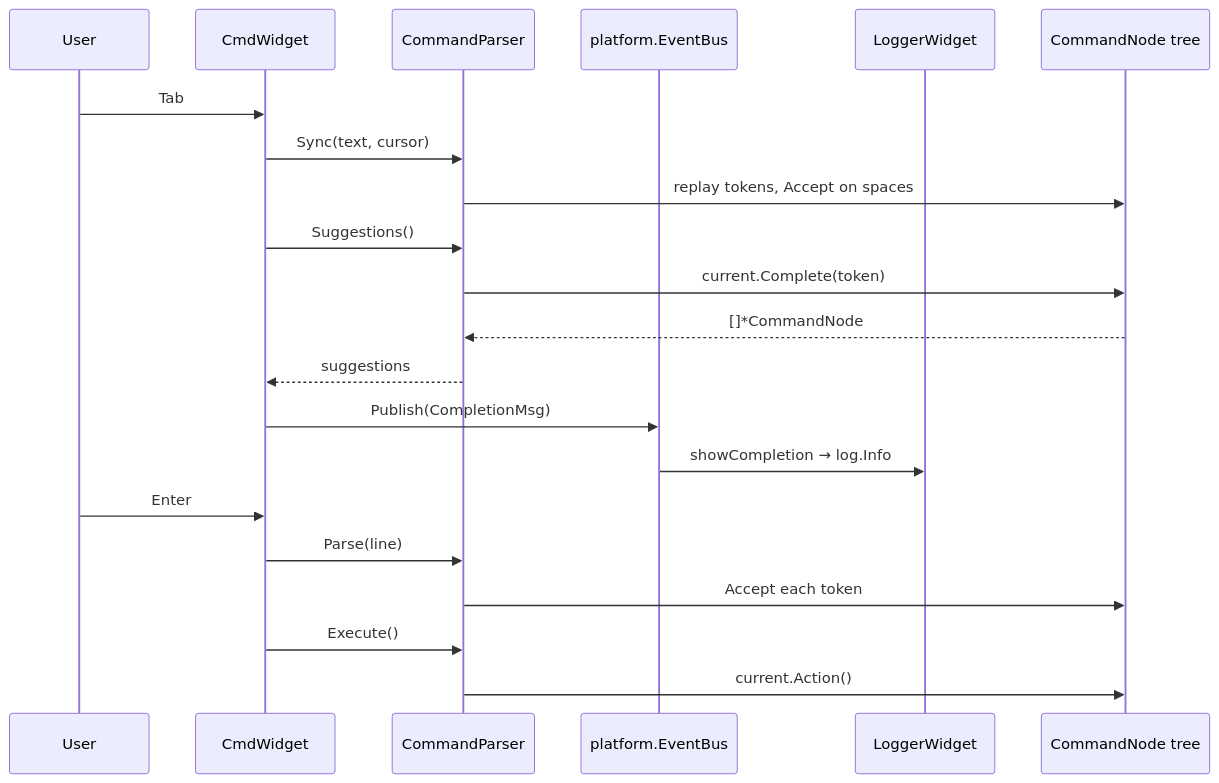
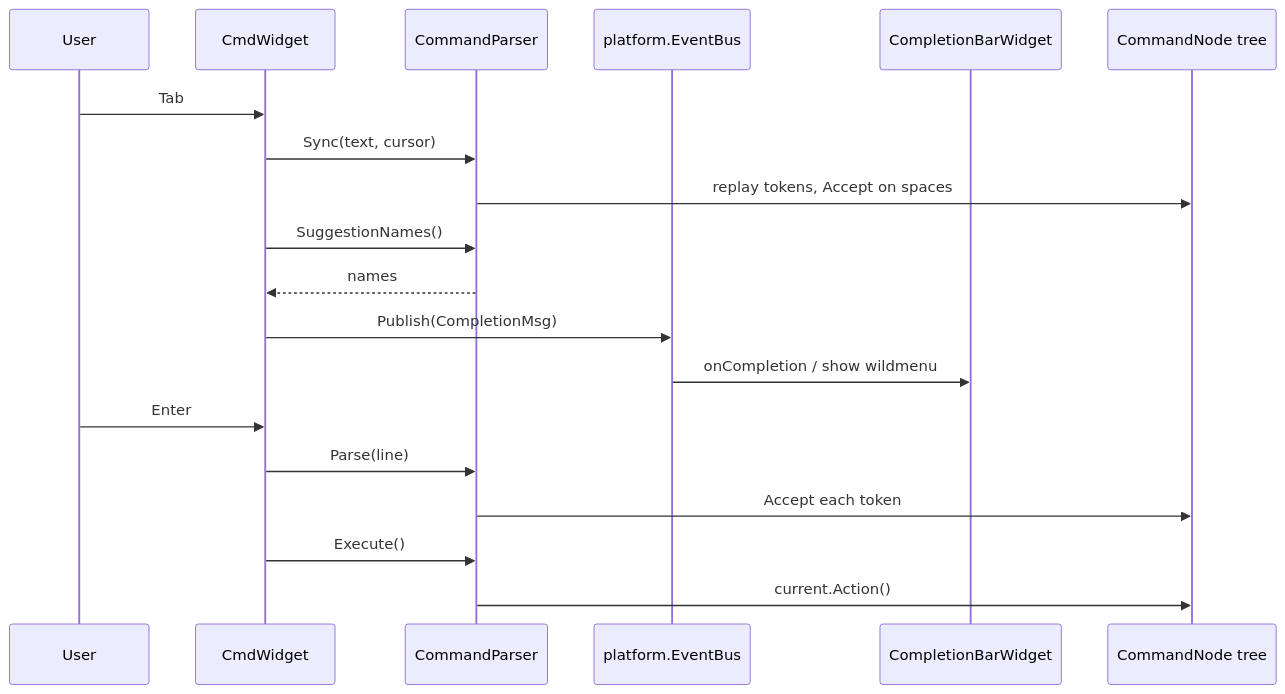
One commit to yairgd/gdbforge changed the second of 2 diagrams in docs/COMMAND_SYSTEM.md. Above: the diagram before and after it, drawn with Mermaid. The commit also changed other lines of this file and 9 other files, not shown here.

````diff
--- a/docs/COMMAND_SYSTEM.md
+++ b/docs/COMMAND_SYSTEM.md
@@ -284,25 +284,23 @@
 ```mermaid
 sequenceDiagram
     participant User
     participant CmdW as CmdWidget
     participant Parser as CommandParser
     participant Bus as platform.EventBus
-    participant LogW as LoggerWidget
+    participant Bar as CompletionBarWidget
     participant Tree as CommandNode tree
 
     User->>CmdW: Tab
     CmdW->>Parser: Sync(text, cursor)
     Parser->>Tree: replay tokens, Accept on spaces
-    CmdW->>Parser: Suggestions()
-    Parser->>Tree: current.Complete(token)
-    Tree-->>Parser: []*CommandNode
-    Parser-->>CmdW: suggestions
+    CmdW->>Parser: SuggestionNames()
+    Parser-->>CmdW: names
     CmdW->>Bus: Publish(CompletionMsg)
-    Bus->>LogW: showCompletion → log.Info
+    Bus->>Bar: onCompletion / show wildmenu
 
     User->>CmdW: Enter
     CmdW->>Parser: Parse(line)
     Parser->>Tree: Accept each token
     CmdW->>Parser: Execute()
     Parser->>Tree: current.Action()
 ```
````
